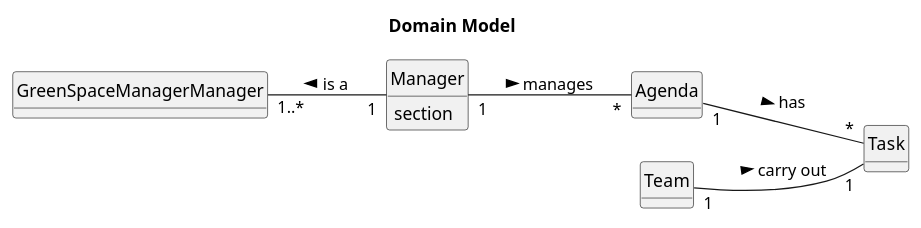
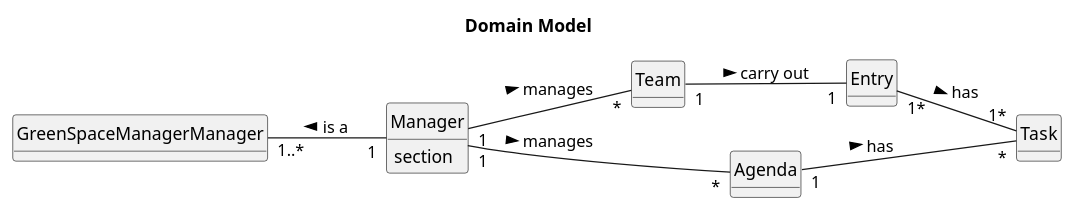
Before and after one commit to Paulo-Pereira-at-ISEP/lei-24-s2-1nanb-g321: the diagram in docs/sprintC/us23/02.analysis/puml/us23-domain-model.puml, drawn with PlantUML. The commit also changed 3 other files, not shown here.

```diff
--- a/docs/sprintC/us23/02.analysis/puml/us23-domain-model.puml
+++ b/docs/sprintC/us23/02.analysis/puml/us23-domain-model.puml
@@ -1,28 +1,32 @@
 @startuml
 skinparam monochrome true
 skinparam packageStyle rectangle
 skinparam shadowing false
 
 left to right direction
 
 skinparam classAttributeIconSize 0
 
 hide circle
 hide methods
 
 title Domain Model
 
 class GreenSpaceManagerManager {
 
 }
+class Entry{
+}
 
 class Manager {
     section
 }
 
 Manager "1" --up "1..*" GreenSpaceManagerManager: is a >
-Team "1" -- "1" Task: carry out >
+Team "1" -- "1" Entry: carry out >
 Agenda "1" -- "*" Task: has >
 Manager "1" -- "*" Agenda: manages >
+Manager "1" -- "*" Team: manages >
+Entry "1*" -- "1*" Task: has >
 
 @enduml
```
